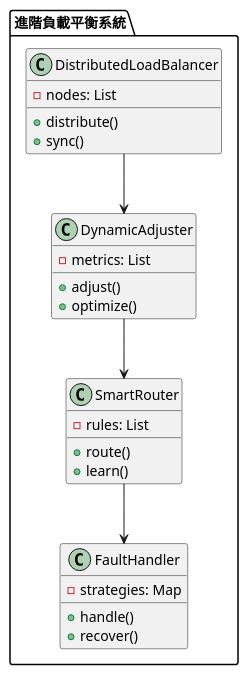
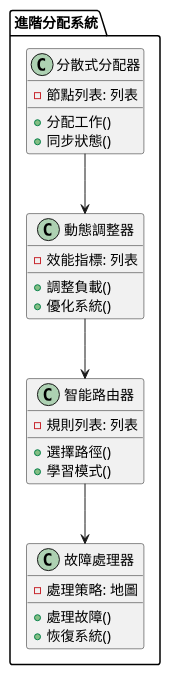
One commit to fine5351/info-sync changed the third of 3 diagrams in doc/learning/architecture/load_balancing_tutorial.md. Above: the diagram before and after it, drawn with PlantUML. The commit also changed other lines of this file and 35 other files, not shown here.

````diff
--- a/doc/learning/architecture/load_balancing_tutorial.md
+++ b/doc/learning/architecture/load_balancing_tutorial.md
@@ -386,33 +225,33 @@
 ```plantuml
 @startuml
-package "進階負載平衡系統" {
-    class DistributedLoadBalancer {
-        - nodes: List
-        + distribute()
-        + sync()
+package "進階分配系統" {
+    class 分散式分配器 {
+        - 節點列表: 列表
+        + 分配工作()
+        + 同步狀態()
     }
     
-    class DynamicAdjuster {
-        - metrics: List
-        + adjust()
-        + optimize()
+    class 動態調整器 {
+        - 效能指標: 列表
+        + 調整負載()
+        + 優化系統()
     }
     
-    class SmartRouter {
-        - rules: List
-        + route()
-        + learn()
+    class 智能路由器 {
+        - 規則列表: 列表
+        + 選擇路徑()
+        + 學習模式()
     }
     
-    class FaultHandler {
-        - strategies: Map
-        + handle()
-        + recover()
+    class 故障處理器 {
+        - 處理策略: 地圖
+        + 處理故障()
+        + 恢復系統()
     }
 }
 
-DistributedLoadBalancer --> DynamicAdjuster
-DynamicAdjuster --> SmartRouter
-SmartRouter --> FaultHandler
+分散式分配器 --> 動態調整器
+動態調整器 --> 智能路由器
+智能路由器 --> 故障處理器
 @enduml
 ```
````
